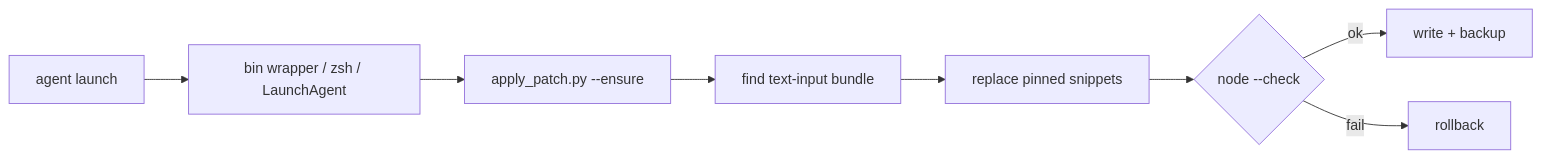
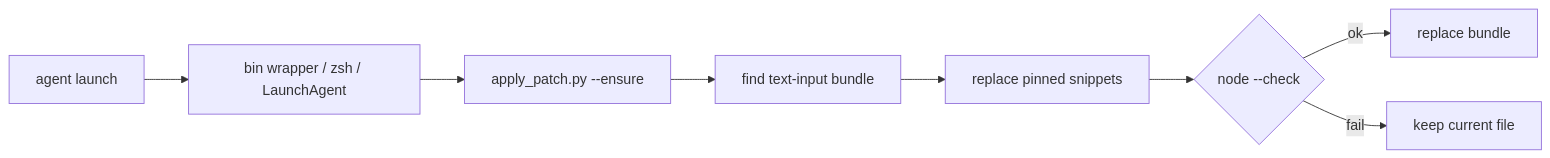
One commit to vzts/cursor-cli-input-patch changed the diagram in README.md. Above: the diagram before and after it, drawn with Mermaid. The commit also changed other lines of this file and 6 other files, not shown here.

````diff
--- a/README.md
+++ b/README.md
@@ -177,10 +177,10 @@
 ```mermaid
 flowchart LR
   A[agent launch] --> B[bin wrapper / zsh / LaunchAgent]
   B --> C[apply_patch.py --ensure]
   C --> E[find text-input bundle]
   E --> F[replace pinned snippets]
   F --> G{node --check}
-  G -->|ok| H[write + backup]
-  G -->|fail| I[rollback]
+  G -->|ok| H[replace bundle]
+  G -->|fail| I[keep current file]
 ```
````
